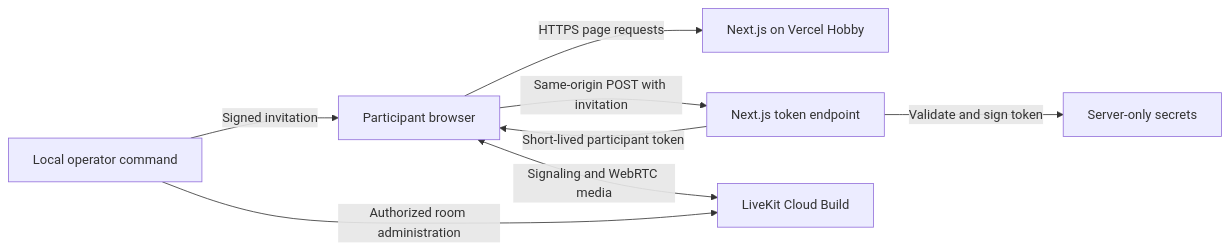
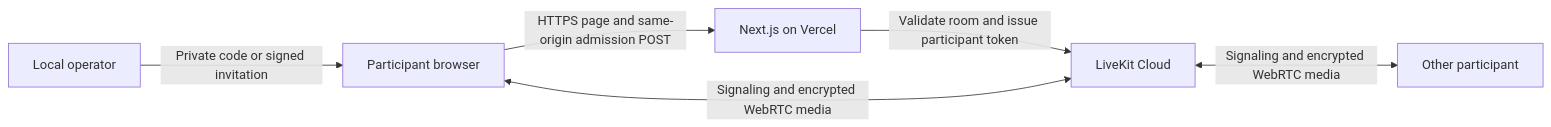
One commit to manifestinteractive/live-session-lab changed the diagram in planning-docs/architecture.md. Above: the diagram before and after it, drawn with Mermaid. The commit also changed other lines of this file and 92 other files, not shown here.

````diff
--- a/planning-docs/architecture.md
+++ b/planning-docs/architecture.md
@@ -10,10 +5,8 @@
 ```mermaid
 flowchart LR
-    O[Local operator command] -->|Signed invitation| B[Participant browser]
-    B -->|HTTPS page requests| N[Next.js on Vercel Hobby]
-    B -->|Same-origin POST with invitation| T[Next.js token endpoint]
-    T -->|Validate and sign token| S[Server-only secrets]
-    T -->|Short-lived participant token| B
-    B <-->|Signaling and WebRTC media| L[LiveKit Cloud Build]
-    O -->|Authorized room administration| L
+  Operator[Local operator] -->|Private code or signed invitation| Browser[Participant browser]
+  Browser -->|HTTPS page and same-origin admission POST| Next[Next.js on Vercel]
+  Next -->|Validate room and issue participant token| LiveKit[LiveKit Cloud]
+  Browser <-->|Signaling and encrypted WebRTC media| LiveKit
+  LiveKit <-->|Signaling and encrypted WebRTC media| Peer[Other participant]
 ```
````
